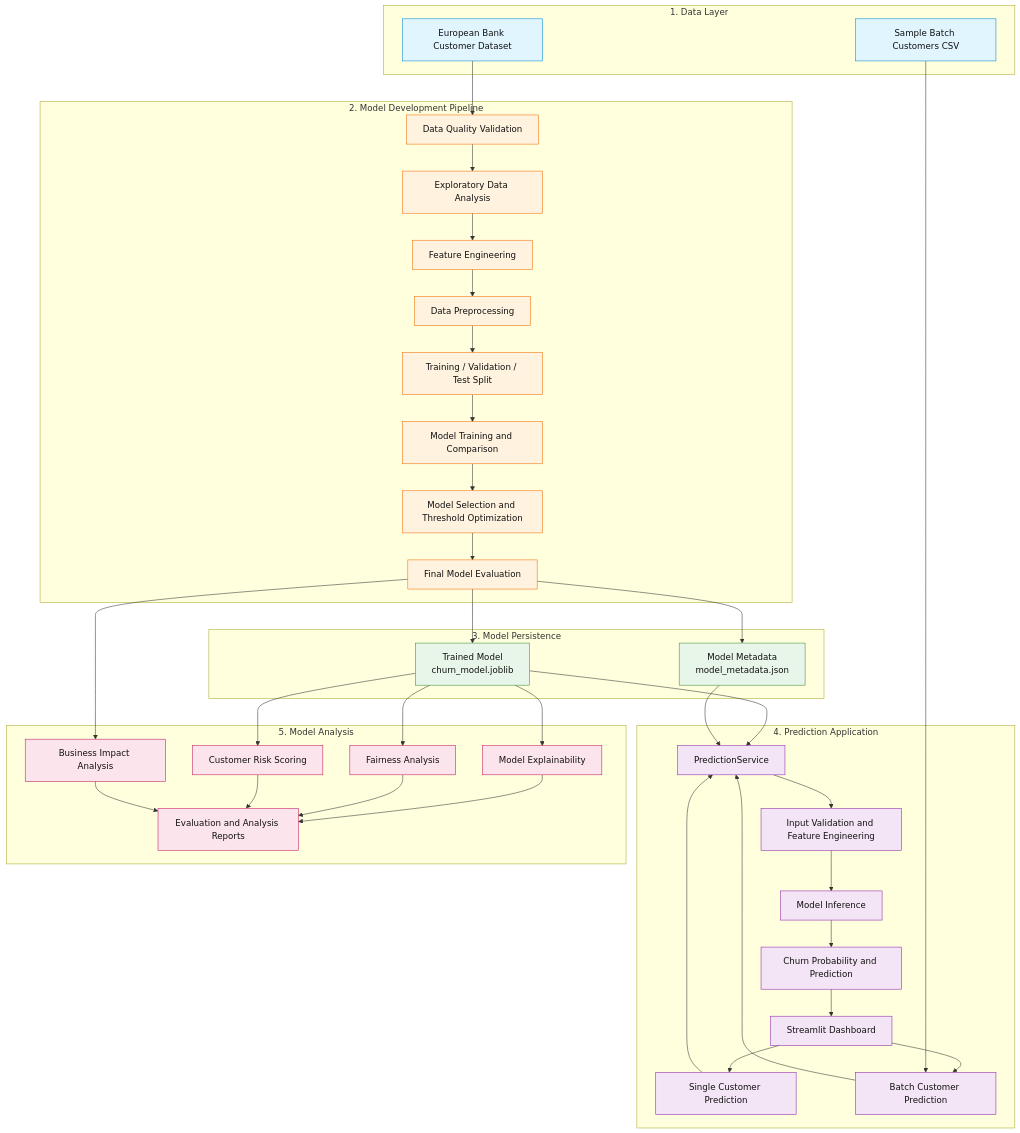
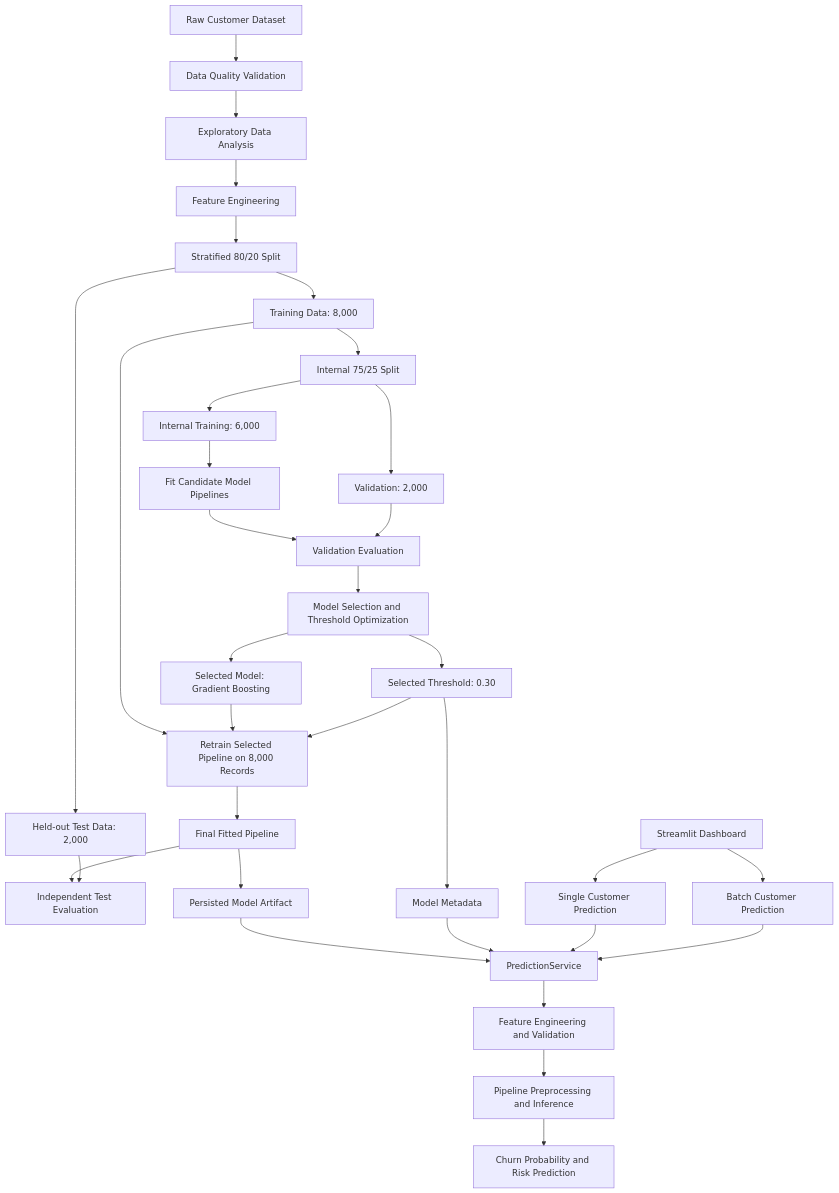
The diagram in README.md (PranayIngole7/eurobank-customer-churn-prediction), drawn with Mermaid before and after one commit. The commit also changed other lines of this file and 2 other files, not shown here.

````diff
--- a/README.md
+++ b/README.md
@@ -99,87 +101,43 @@
 ```mermaid
-flowchart TB
-    subgraph DATA["1. Data Layer"]
-        CSV["European Bank Customer Dataset"]
-        SAMPLE["Sample Batch Customers CSV"]
-    end
+flowchart TD
+    A["Raw Customer Dataset"] --> B["Data Quality Validation"]
+    B --> C["Exploratory Data Analysis"]
+    C --> D["Feature Engineering"]
+    D --> E["Stratified 80/20 Split"]
 
-    subgraph TRAINING["2. Model Development Pipeline"]
-        QUALITY["Data Quality Validation"]
-        EDA["Exploratory Data Analysis"]
-        FEATURE["Feature Engineering"]
-        PREPROCESS["Data Preprocessing"]
-        SPLIT["Training / Validation / Test Split"]
-        MODEL["Model Training and Comparison"]
-        THRESHOLD["Model Selection and Threshold Optimization"]
-        EVALUATION["Final Model Evaluation"]
-    end
+    E --> F["Training Data: 8,000"]
+    E --> G["Held-out Test Data: 2,000"]
 
-    subgraph PERSISTENCE["3. Model Persistence"]
-        ARTIFACT["Trained Model<br/>churn_model.joblib"]
-        METADATA["Model Metadata<br/>model_metadata.json"]
-    end
+    F --> H["Internal 75/25 Split"]
+    H --> I["Internal Training: 6,000"]
+    H --> J["Validation: 2,000"]
 
-    subgraph APPLICATION["4. Prediction Application"]
-        DASHBOARD["Streamlit Dashboard"]
-        SINGLE["Single Customer Prediction"]
-        BATCH["Batch Customer Prediction"]
-        SERVICE["PredictionService"]
-        VALIDATION["Input Validation and Feature Engineering"]
-        INFERENCE["Model Inference"]
-        OUTPUT["Churn Probability and Prediction"]
-    end
+    I --> K["Fit Candidate Model Pipelines"]
+    K --> L["Validation Evaluation"]
+    J --> L
+    L --> M["Model Selection and Threshold Optimization"]
+    M --> N["Selected Model: Gradient Boosting"]
+    M --> O["Selected Threshold: 0.30"]
 
-    subgraph ANALYSIS["5. Model Analysis"]
-        EXPLAIN["Model Explainability"]
-        FAIRNESS["Fairness Analysis"]
-        RISK["Customer Risk Scoring"]
-        BUSINESS["Business Impact Analysis"]
-        REPORTS["Evaluation and Analysis Reports"]
-    end
+    F --> P["Retrain Selected Pipeline on 8,000 Records"]
+    N --> P
+    O --> P
 
-    CSV --> QUALITY
-    QUALITY --> EDA
-    EDA --> FEATURE
-    FEATURE --> PREPROCESS
-    PREPROCESS --> SPLIT
-    SPLIT --> MODEL
-    MODEL --> THRESHOLD
-    THRESHOLD --> EVALUATION
-    EVALUATION --> ARTIFACT
-    EVALUATION --> METADATA
+    P --> Q["Final Fitted Pipeline"]
+    Q --> R["Independent Test Evaluation"]
+    G --> R
 
-    ARTIFACT --> SERVICE
-    METADATA --> SERVICE
+    Q --> S["Persisted Model Artifact"]
+    O --> T["Model Metadata"]
+    S --> U["PredictionService"]
+    T --> U
 
-    DASHBOARD --> SINGLE
-    DASHBOARD --> BATCH
-    SAMPLE --> BATCH
-    SINGLE --> SERVICE
-    BATCH --> SERVICE
-    SERVICE --> VALIDATION
-    VALIDATION --> INFERENCE
-    INFERENCE --> OUTPUT
-    OUTPUT --> DASHBOARD
+    V["Streamlit Dashboard"] --> W["Single Customer Prediction"]
+    V --> X["Batch Customer Prediction"]
+    W --> U
+    X --> U
 
-    ARTIFACT --> EXPLAIN
-    ARTIFACT --> FAIRNESS
-    ARTIFACT --> RISK
-    EVALUATION --> BUSINESS
-
-    EXPLAIN --> REPORTS
-    FAIRNESS --> REPORTS
-    RISK --> REPORTS
-    BUSINESS --> REPORTS
-
-    classDef data fill:#e1f5fe,stroke:#0288d1,color:#111;
-    classDef training fill:#fff3e0,stroke:#ef6c00,color:#111;
-    classDef persistence fill:#e8f5e9,stroke:#388e3c,color:#111;
-    classDef application fill:#f3e5f5,stroke:#8e24aa,color:#111;
-    classDef analysis fill:#fce4ec,stroke:#c2185b,color:#111;
-
-    class CSV,SAMPLE data;
-    class QUALITY,EDA,FEATURE,PREPROCESS,SPLIT,MODEL,THRESHOLD,EVALUATION training;
-    class ARTIFACT,METADATA persistence;
-    class DASHBOARD,SINGLE,BATCH,SERVICE,VALIDATION,INFERENCE,OUTPUT application;
-    class EXPLAIN,FAIRNESS,RISK,BUSINESS,REPORTS analysis;
+    U --> Y["Feature Engineering and Validation"]
+    Y --> Z["Pipeline Preprocessing and Inference"]
+    Z --> AA["Churn Probability and Risk Prediction"]
 ```
````
